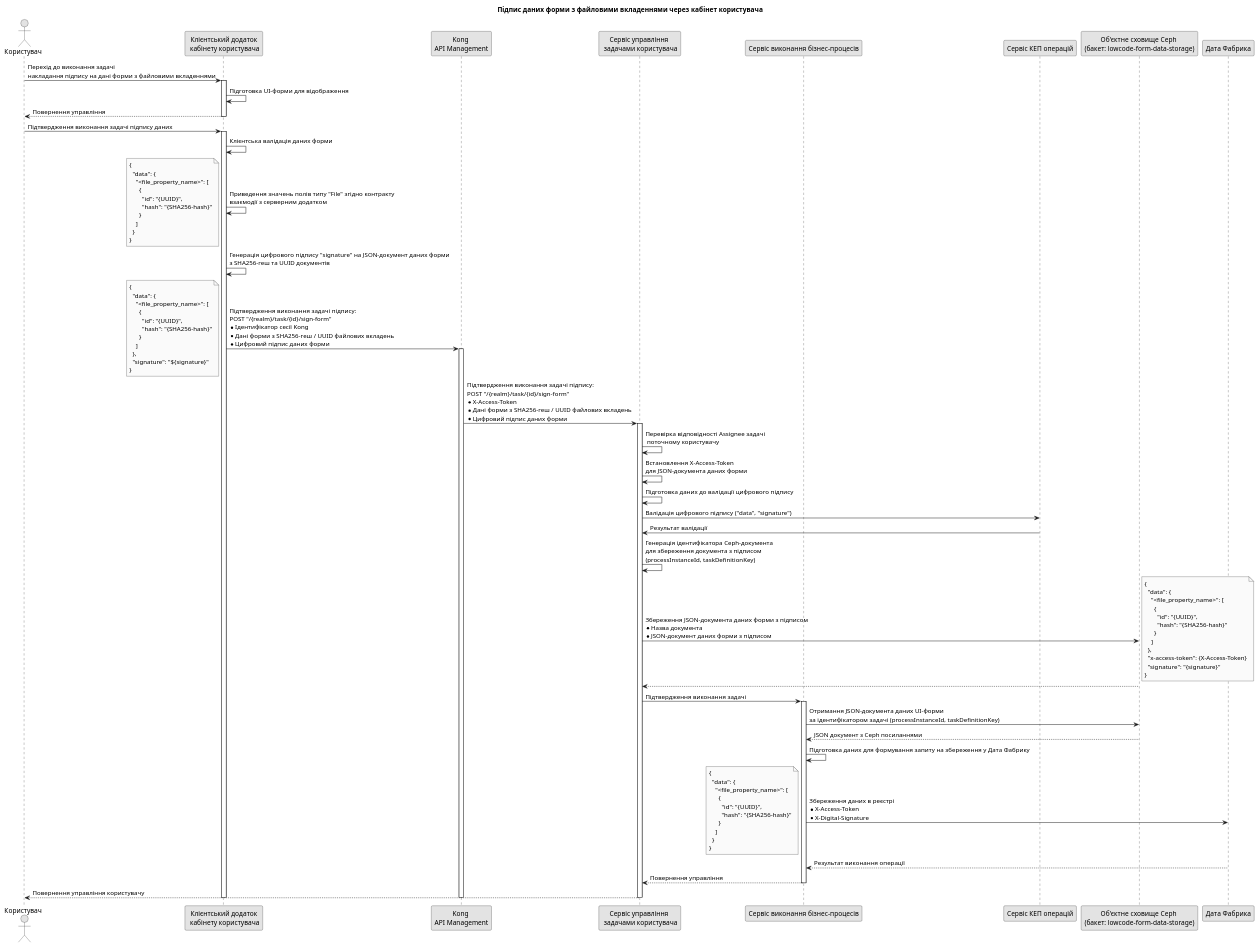
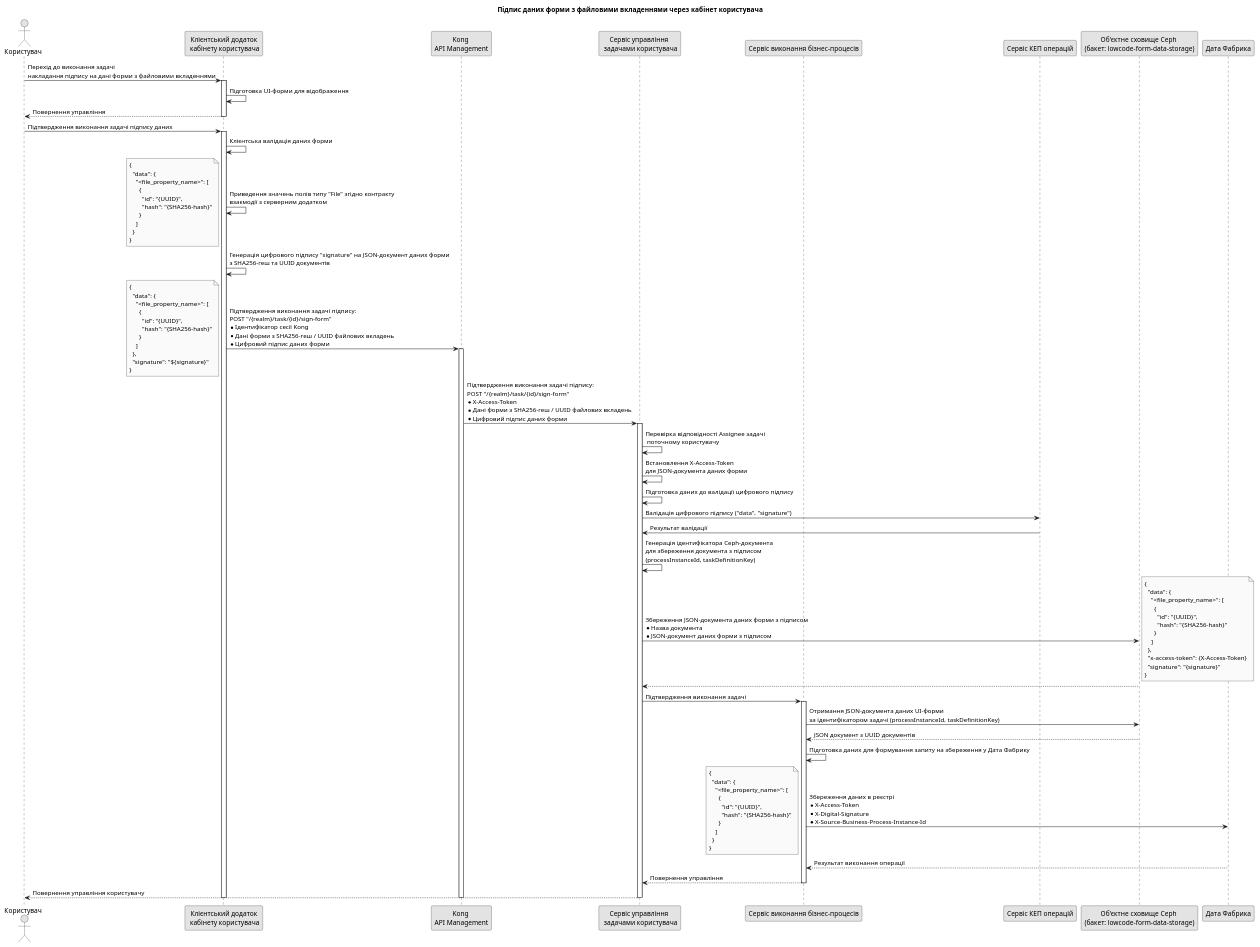
One commit to epam/edp-ddm-architecture changed the diagram in modules/ROOT/partials/lowcode/file-signing.puml. Above: the diagram before and after it, drawn with PlantUML. The commit also changed 5 other files, not shown here.

```diff
--- a/modules/ROOT/partials/lowcode/file-signing.puml
+++ b/modules/ROOT/partials/lowcode/file-signing.puml
@@ -1,106 +1,106 @@
 @startuml
 skinparam monochrome true
 
 actor "Користувач" as user
 participant "Клієнтський додаток\n кабінету користувача" as cabinet
 participant "Kong \nAPI Management" as kong
 participant "Сервіс управління \n задачами користувача" as user_task_mngmnt
 participant "Сервіс виконання бізнес-процесів" as bpms
 participant "Сервіс КЕП операцій" as dso
 participant "Об'єктне сховище Ceph \n(бакет: lowcode-form-data-storage)" as form_data_ceph
 participant "Дата Фабрика" as data_factory
 
 skinparam responseMessageBelowArrow false
 title Підпис даних форми з файловими вкладеннями через кабінет користувача
 
 user -> cabinet: Перехід до виконання задачі \nнакладання підпису на дані форми з файловими вкладеннями
 activate cabinet
   cabinet -> cabinet: Підготовка UI-форми для відображення
   cabinet --> user: Повернення управління
 deactivate cabinet
 
 user -> cabinet: Підтвердження виконання задачі підпису даних
 activate cabinet
   cabinet -> cabinet: Клієнтська валідація даних форми
   cabinet -> cabinet: Приведення значень полів типу "File" згідно контракту \nвзаємодії з серверним додатком
   note left
     {
       "data": {
         "<file_property_name>": [
           {
             "id": "{UUID}",
             "hash": "{SHA256-hash}"
           }
         ]
       }
     }
   end note
   cabinet -> cabinet: Генерація цифрового підпису "signature" на JSON-документ даних форми \nз SHA256-геш та UUID документів
   cabinet -> kong: Підтвердження виконання задачі підпису: \nPOST "/{realm}/task/{id}/sign-form" \n* Ідентифікатор сесії Kong \n* Дані форми з SHA256-геш / UUID файлових вкладень\n* Цифровий підпис даних форми
   activate kong
     note left
       {
         "data": {
           "<file_property_name>": [
             {
               "id": "{UUID}",
               "hash": "{SHA256-hash}"
             }
           ]
         },
         "signature": "${signature}"
       }
     end note
     kong -> user_task_mngmnt: Підтвердження виконання задачі підпису: \nPOST "/{realm}/task/{id}/sign-form" \n* X-Access-Token \n* Дані форми з SHA256-геш / UUID файлових вкладень\n* Цифровий підпис даних форми
     activate user_task_mngmnt
       user_task_mngmnt -> user_task_mngmnt: Перевірка відповідності Assignee задачі\n поточному користувачу
       user_task_mngmnt -> user_task_mngmnt: Встановлення X-Access-Token \nдля JSON-документа даних форми
       user_task_mngmnt -> user_task_mngmnt: Підготовка даних до валідації цифрового підпису
       user_task_mngmnt -> dso: Валідація цифрового підпису ("data", "signature")
       dso -> user_task_mngmnt: Результат валідації
 
       user_task_mngmnt -> user_task_mngmnt: Генерація ідентифікатора Ceph-документа \nдля збереження документа з підписом \n(processInstanceId, taskDefinitionKey)
 
       user_task_mngmnt -> form_data_ceph: Збереження JSON-документа даних форми з підписом  \n* Назва документа \n* JSON-документ даних форми з підписом
       note right
         {
           "data": {
             "<file_property_name>": [
               {
                 "id": "{UUID}",
                 "hash": "{SHA256-hash}"
               }
             ]
           },
           "x-access-token": {X-Access-Token}
           "signature": "{signature}"
         }
       end note
       form_data_ceph --> user_task_mngmnt
 
       user_task_mngmnt -> bpms: Підтвердження виконання задачі
       activate bpms
         bpms -> form_data_ceph: Отримання JSON-документа даних UI-форми \nза ідентифікатором задачі (processInstanceId, taskDefinitionKey)
-        form_data_ceph --> bpms: JSON документ з Ceph посиланнями
+        form_data_ceph --> bpms: JSON документ з UUID документів
         bpms -> bpms: Підготовка даних для формування запиту на збереження у Дата Фабрику
-        bpms -> data_factory: Збереження даних в реєстрі \n* X-Access-Token \n* X-Digital-Signature
+        bpms -> data_factory: Збереження даних в реєстрі \n* X-Access-Token \n* X-Digital-Signature \n* X-Source-Business-Process-Instance-Id
         note left
           {
             "data": {
               "<file_property_name>": [
                 {
                   "id": "{UUID}",
                   "hash": "{SHA256-hash}"
                 }
               ]
             }
           }
         end note
         data_factory --> bpms: Результат виконання операції
       return Повернення управління
       user_task_mngmnt --> user: Повернення управління користувачу
     deactivate
   deactivate
 deactivate
 
 @enduml
```
